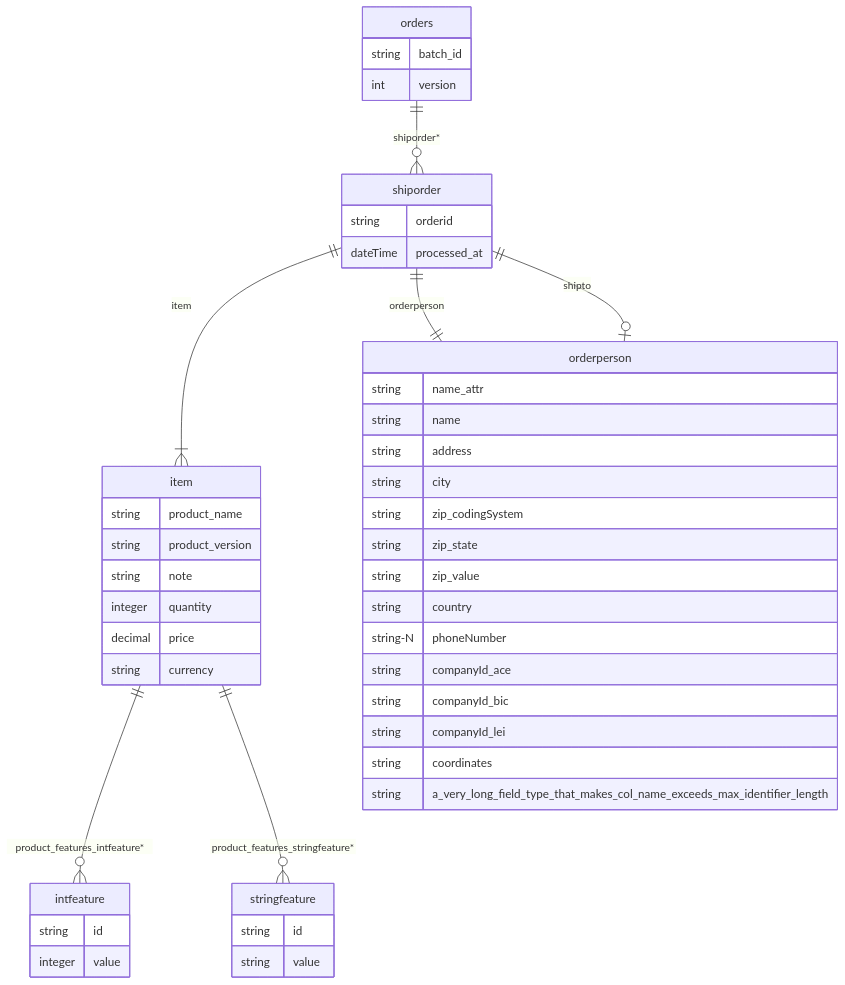
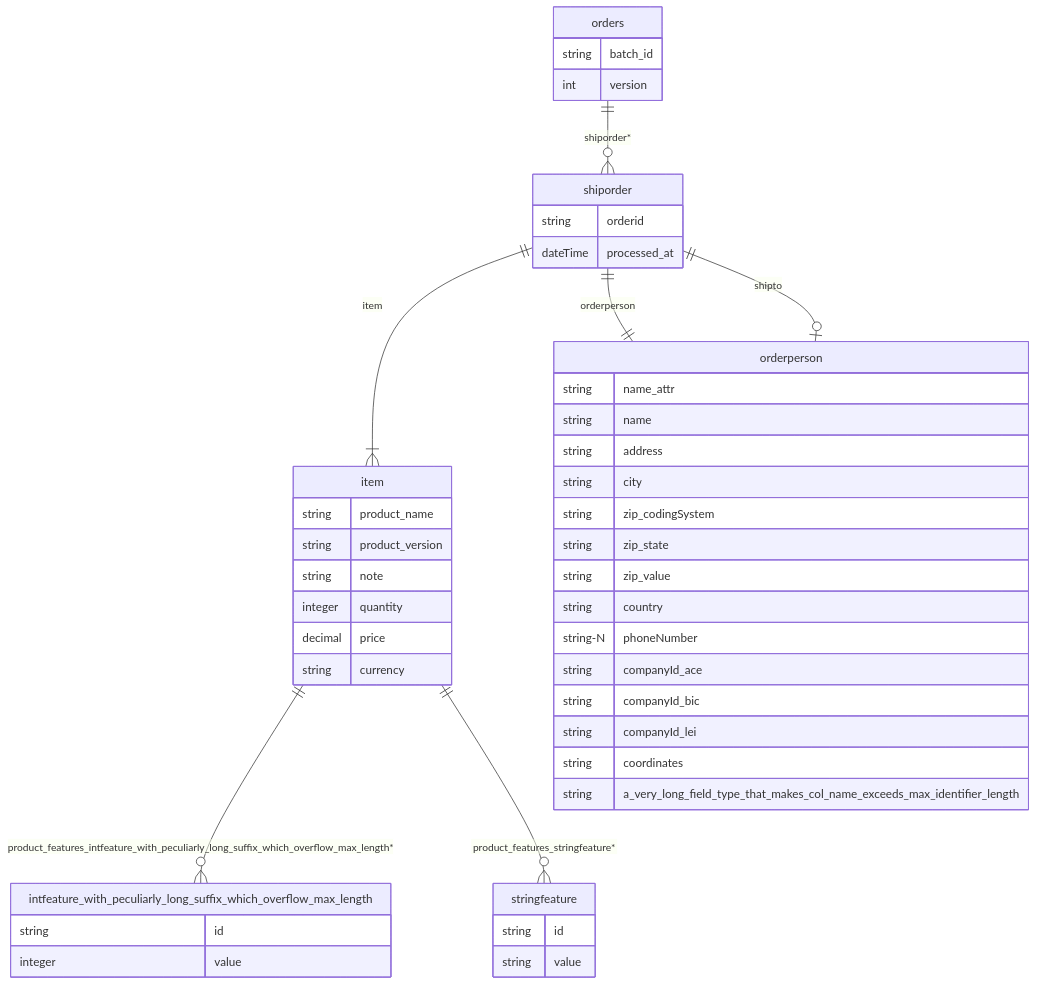
The diagram in tests/sample_models/orders/orders_erd_version1.md (cre-dev/xml2db), drawn with Mermaid before and after one commit. The commit also changed 29 other files, not shown here.

````diff
--- a/tests/sample_models/orders/orders_erd_version1.md
+++ b/tests/sample_models/orders/orders_erd_version1.md
@@ -1,49 +1,49 @@
 ```mermaid
 erDiagram
-    item ||--o{ intfeature : "product_features_intfeature*"
+    item ||--o{ intfeature_with_peculiarly_long_suffix_which_overflow_max_length : "product_features_intfeature_with_peculiarly_long_suffix_which_overflow_max_length*"
     item ||--o{ stringfeature : "product_features_stringfeature*"
     item {
         string product_name
         string product_version
         string note
         integer quantity
         decimal price
         string currency
     }
     orders ||--o{ shiporder : "shiporder*"
     orders {
         string batch_id
         int version
     }
     shiporder ||--|| orderperson : "orderperson"
     shiporder ||--o| orderperson : "shipto"
     shiporder ||--|{ item : "item"
     shiporder {
         string orderid
         dateTime processed_at
     }
     stringfeature {
         string id
         string value
     }
-    intfeature {
+    intfeature_with_peculiarly_long_suffix_which_overflow_max_length {
         string id
         integer value
     }
     orderperson {
         string name_attr
         string name
         string address
         string city
         string zip_codingSystem
         string zip_state
         string zip_value
         string country
         string-N phoneNumber
         string companyId_ace
         string companyId_bic
         string companyId_lei
         string coordinates
         string a_very_long_field_type_that_makes_col_name_exceeds_max_identifier_length
     }
 ```
````
